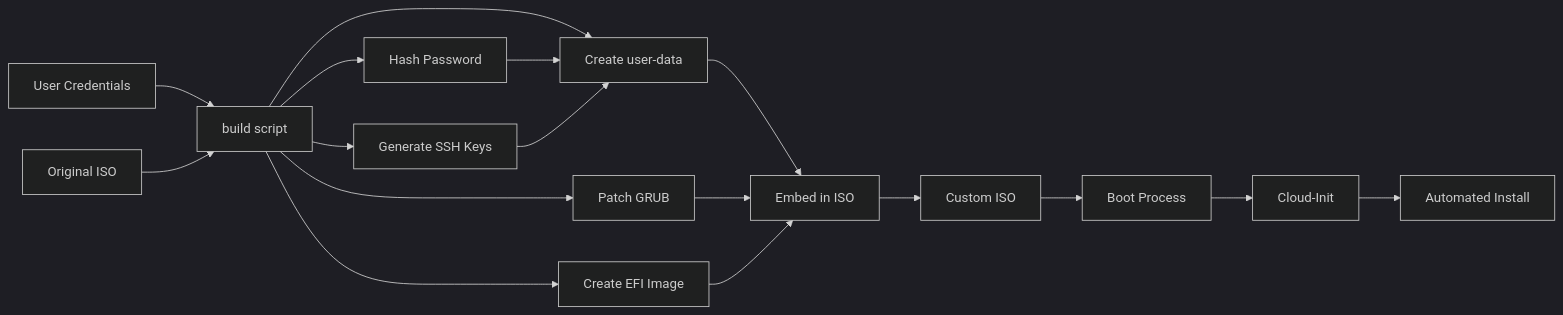
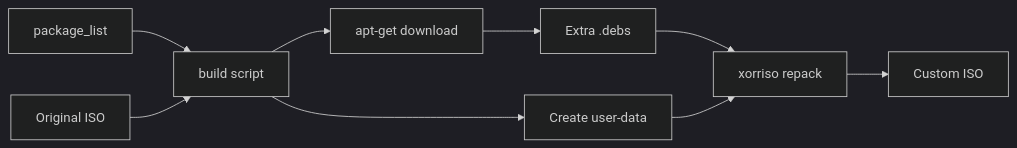
Before and after one commit to cyril1974/os_auto_deployment: the third of 3 diagrams in autoinstall/doc/01_architecture.md, drawn with Mermaid (dark theme). The commit also changed other lines of this file and 6 other files, not shown here.

````diff
--- a/autoinstall/doc/01_architecture.md
+++ b/autoinstall/doc/01_architecture.md
@@ -102,19 +104,11 @@
 ```mermaid
 flowchart LR
-    A[User Credentials] --> B[build script]
+    A[package_list] --> B[build script]
     C[Original ISO] --> B
-    B --> D[Hash Password]
-    B --> E[Generate SSH Keys]
+    B --> D[apt-get download]
+    D --> E[Extra .debs]
     B --> F[Create user-data]
-    D --> F
-    E --> F
-    F --> G[Embed in ISO]
-    B --> H[Patch GRUB]
-    H --> G
-    B --> I[Create EFI Image]
-    I --> G
-    G --> J[Custom ISO]
-    J --> K[Boot Process]
-    K --> L[Cloud-Init]
-    L --> M[Automated Install]
+    E --> G[xorriso repack]
+    F --> G
+    G --> H[Custom ISO]
 ```
````
